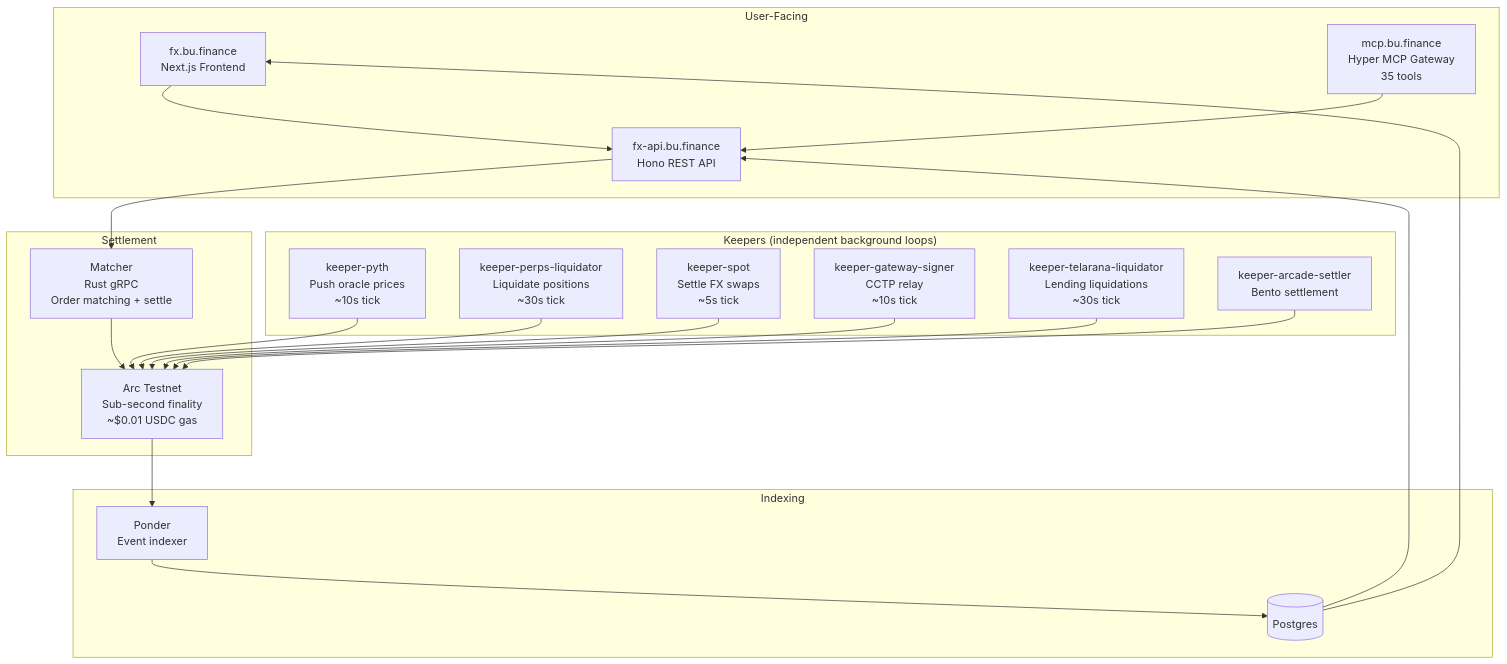
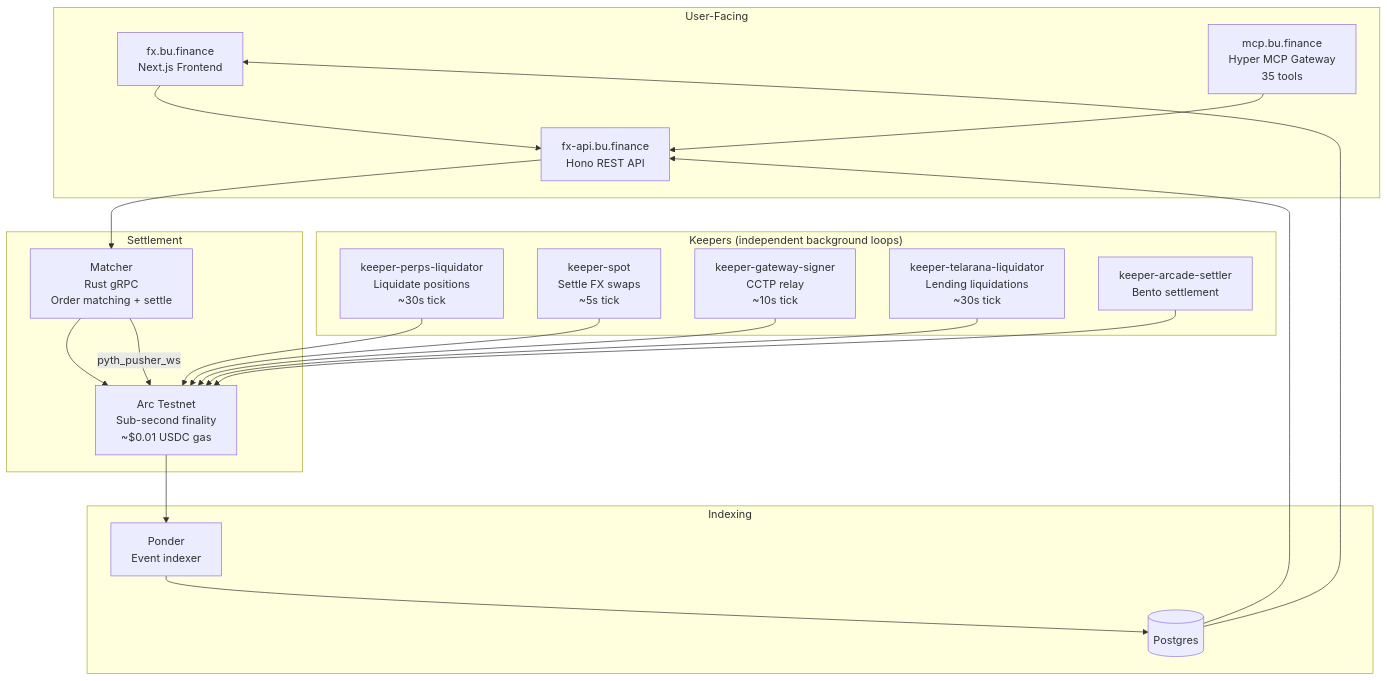
The second of 2 diagrams in apps/hyper-mcp/README.md (BuFi007/defi-web-app), drawn with Mermaid before and after one commit. The commit also changed other lines of this file and 9 other files, not shown here.

````diff
--- a/apps/hyper-mcp/README.md
+++ b/apps/hyper-mcp/README.md
@@ -277,43 +277,42 @@
 ```mermaid
 graph TB
     subgraph "User-Facing"
         FX[fx.bu.finance<br/>Next.js Frontend]
         API[fx-api.bu.finance<br/>Hono REST API]
         MCP[mcp.bu.finance<br/>Hyper MCP Gateway<br/>35 tools]
     end
 
     subgraph "Settlement"
         MATCHER[Matcher<br/>Rust gRPC<br/>Order matching + settle]
         ARC[Arc Testnet<br/>Sub-second finality<br/>~$0.01 USDC gas]
     end
 
     subgraph "Indexing"
         PONDER[Ponder<br/>Event indexer]
         PG[(Postgres)]
     end
 
     subgraph "Keepers (independent background loops)"
-        KP[keeper-pyth<br/>Push oracle prices<br/>~10s tick]
         KL[keeper-perps-liquidator<br/>Liquidate positions<br/>~30s tick]
         KS[keeper-spot<br/>Settle FX swaps<br/>~5s tick]
         KG[keeper-gateway-signer<br/>CCTP relay<br/>~10s tick]
         KT[keeper-telarana-liquidator<br/>Lending liquidations<br/>~30s tick]
         KA[keeper-arcade-settler<br/>Bento settlement]
     end
 
     FX --> API
     MCP --> API
     API --> MATCHER
     MATCHER --> ARC
     ARC --> PONDER
     PONDER --> PG
     PG --> API
     PG --> FX
 
-    KP --> ARC
+    MATCHER -->|pyth_pusher_ws| ARC
     KL --> ARC
     KS --> ARC
     KG --> ARC
     KT --> ARC
     KA --> ARC
 ```
````
